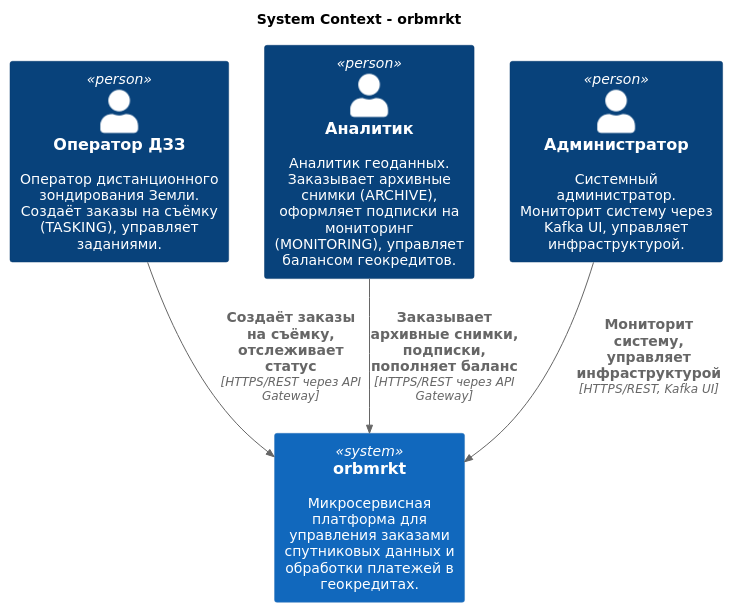
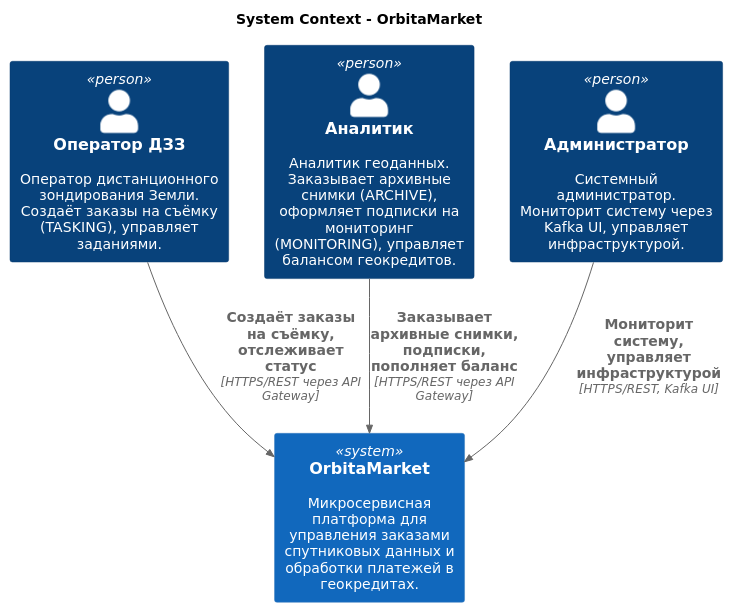
Before and after one commit to RasmuS2024/orbmrkt: the diagram in docs/diagrams/c1-context.puml, drawn with PlantUML. The commit also changed 34 other files, not shown here.

```diff
--- a/docs/diagrams/c1-context.puml
+++ b/docs/diagrams/c1-context.puml
@@ -1,19 +1,19 @@
 @startuml C1-SystemContext
 !include C4_Context.puml
 
 skinparam defaultFontName "DejaVu Sans"
 skinparam defaultFontSize 14
 
-title System Context - orbmrkt
+title System Context - OrbitaMarket
 
 Person(operator, "Оператор ДЗЗ", "Оператор дистанционного зондирования Земли. Создаёт заказы на съёмку (TASKING), управляет заданиями.")
 Person(analyst, "Аналитик", "Аналитик геоданных. Заказывает архивные снимки (ARCHIVE), оформляет подписки на мониторинг (MONITORING), управляет балансом геокредитов.")
 Person(admin, "Администратор", "Системный администратор. Мониторит систему через Kafka UI, управляет инфраструктурой.")
 
-System(orbmrkt, "orbmrkt", "Микросервисная платформа для управления заказами спутниковых данных и обработки платежей в геокредитах.")
+System(orbmrkt, "OrbitaMarket", "Микросервисная платформа для управления заказами спутниковых данных и обработки платежей в геокредитах.")
 
 Rel(operator, orbmrkt, "Создаёт заказы на съёмку, отслеживает статус", "HTTPS/REST через API Gateway")
 Rel(analyst, orbmrkt, "Заказывает архивные снимки, подписки, пополняет баланс", "HTTPS/REST через API Gateway")
 Rel(admin, orbmrkt, "Мониторит систему, управляет инфраструктурой", "HTTPS/REST, Kafka UI")
 
 @enduml
```
